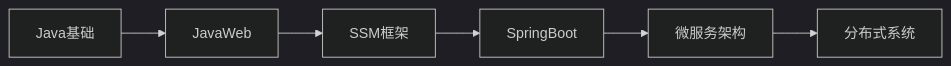
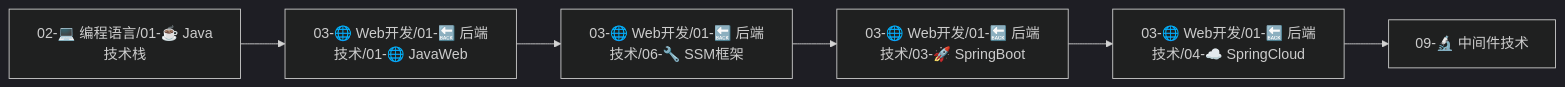
The second of 4 diagrams in README.md (dakavin/DK-Note), drawn with Mermaid (dark theme) before and after one commit. The commit also changed other lines of this file and 7 other files, not shown here.

````diff
--- a/README.md
+++ b/README.md
@@ -112,8 +150,9 @@
 ```mermaid
 graph LR
-    A[Java基础] --> B[JavaWeb]
-    B --> C[SSM框架]
-    C --> D[SpringBoot]
-    D --> E[微服务架构]
-    E --> F[分布式系统]
+    A[02-💻 编程语言/01-☕ Java技术栈] --> B[03-🌐 Web开发/01-🔙 后端技术/01-🌐 JavaWeb]
+    B --> C[03-🌐 Web开发/01-🔙 后端技术/06-🔧 SSM框架]
+    C --> D[03-🌐 Web开发/01-🔙 后端技术/03-🚀 SpringBoot]
+    D --> E[03-🌐 Web开发/01-🔙 后端技术/04-☁️ SpringCloud]
+    E --> F[09-🔬 中间件技术]
+
 ```
````
